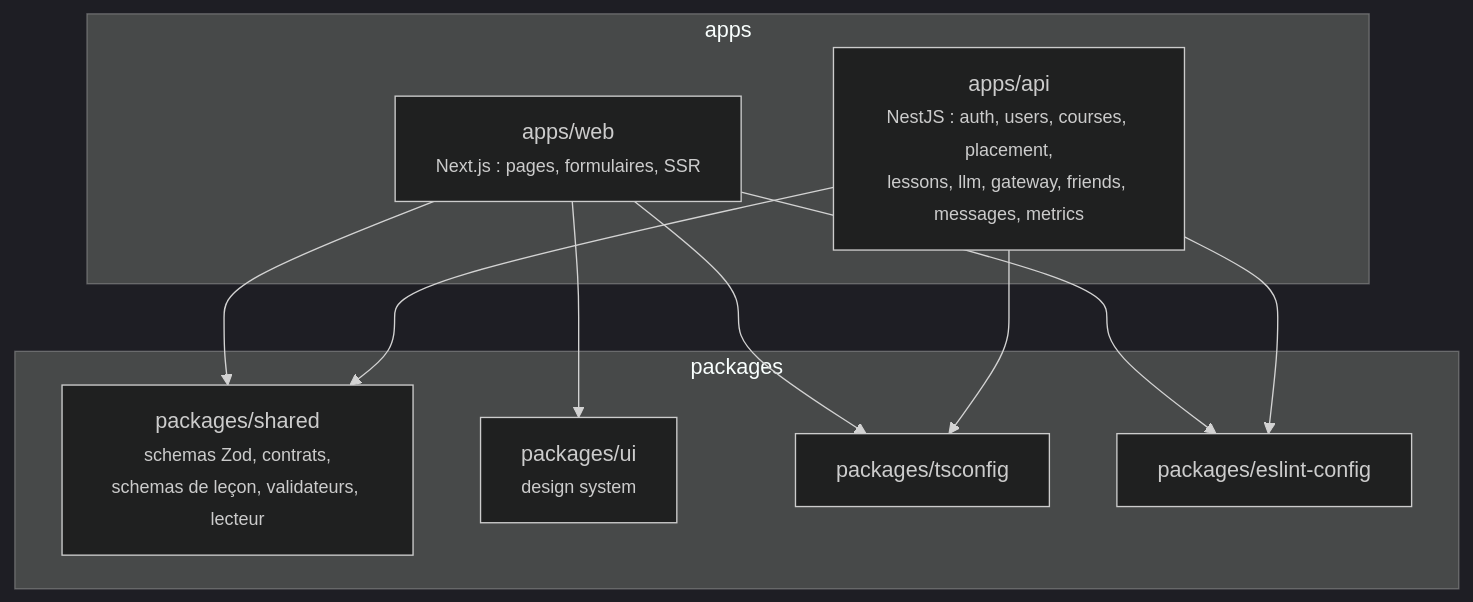
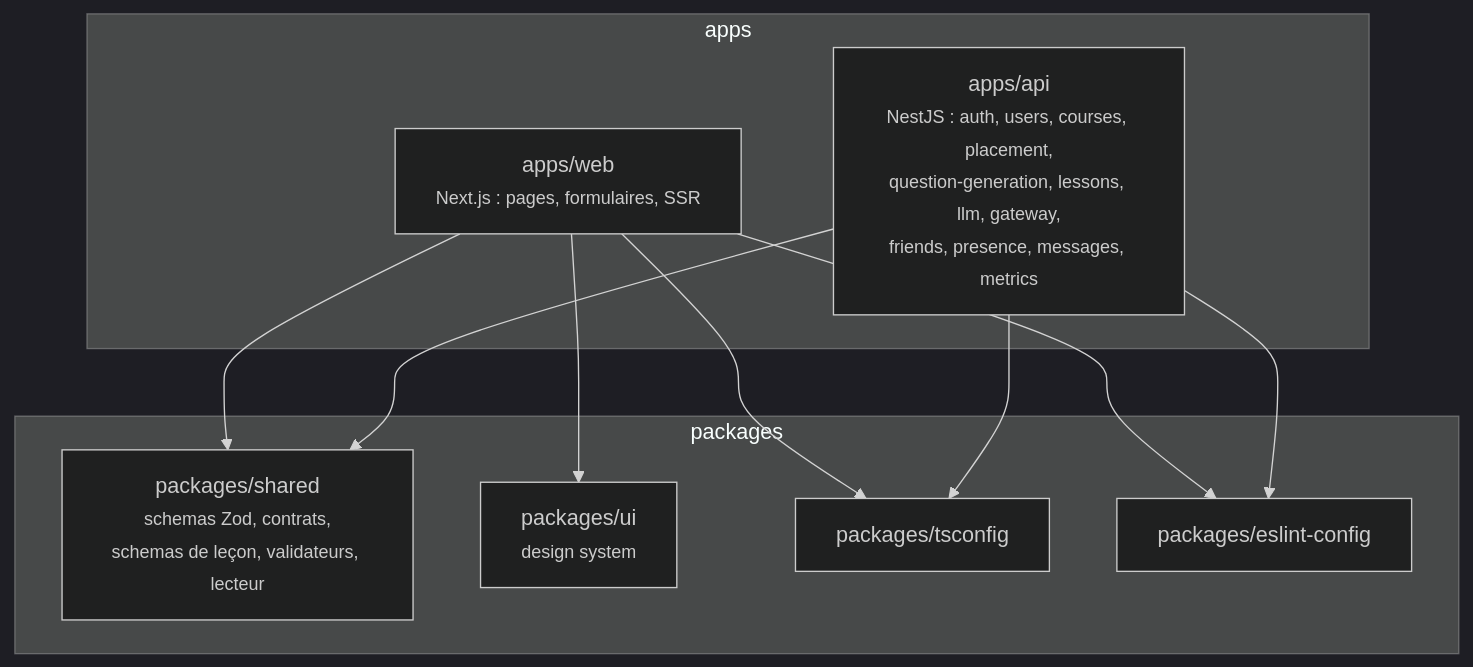
One commit to VictorBro/ft_transcendence changed the eighth of 8 diagrams in docs-fr/architecture/overview.md. Above: the diagram before and after it, drawn with Mermaid (dark theme). The commit also changed other lines of this file and 31 other files, not shown here.

````diff
--- a/docs-fr/architecture/overview.md
+++ b/docs-fr/architecture/overview.md
@@ -483,20 +484,20 @@
 ```mermaid
 flowchart TB
     subgraph apps
         web["apps/web<br/><small>Next.js : pages, formulaires, SSR</small>"]
-        api["apps/api<br/><small>NestJS : auth, users, courses, placement,<br/>lessons, llm, gateway, friends, messages, metrics</small>"]
+        api["apps/api<br/><small>NestJS : auth, users, courses, placement,<br/>question-generation, lessons, llm, gateway,<br/>friends, presence, messages, metrics</small>"]
     end
 
     subgraph packages
         shared["packages/shared<br/><small>schemas Zod, contrats,<br/>schemas de leçon, validateurs, lecteur</small>"]
         ui["packages/ui<br/><small>design system</small>"]
         tsconfig["packages/tsconfig"]
         eslint["packages/eslint-config"]
     end
 
     web --> shared
     api --> shared
     web --> ui
     web --> tsconfig & eslint
     api --> tsconfig & eslint
 ```
````
